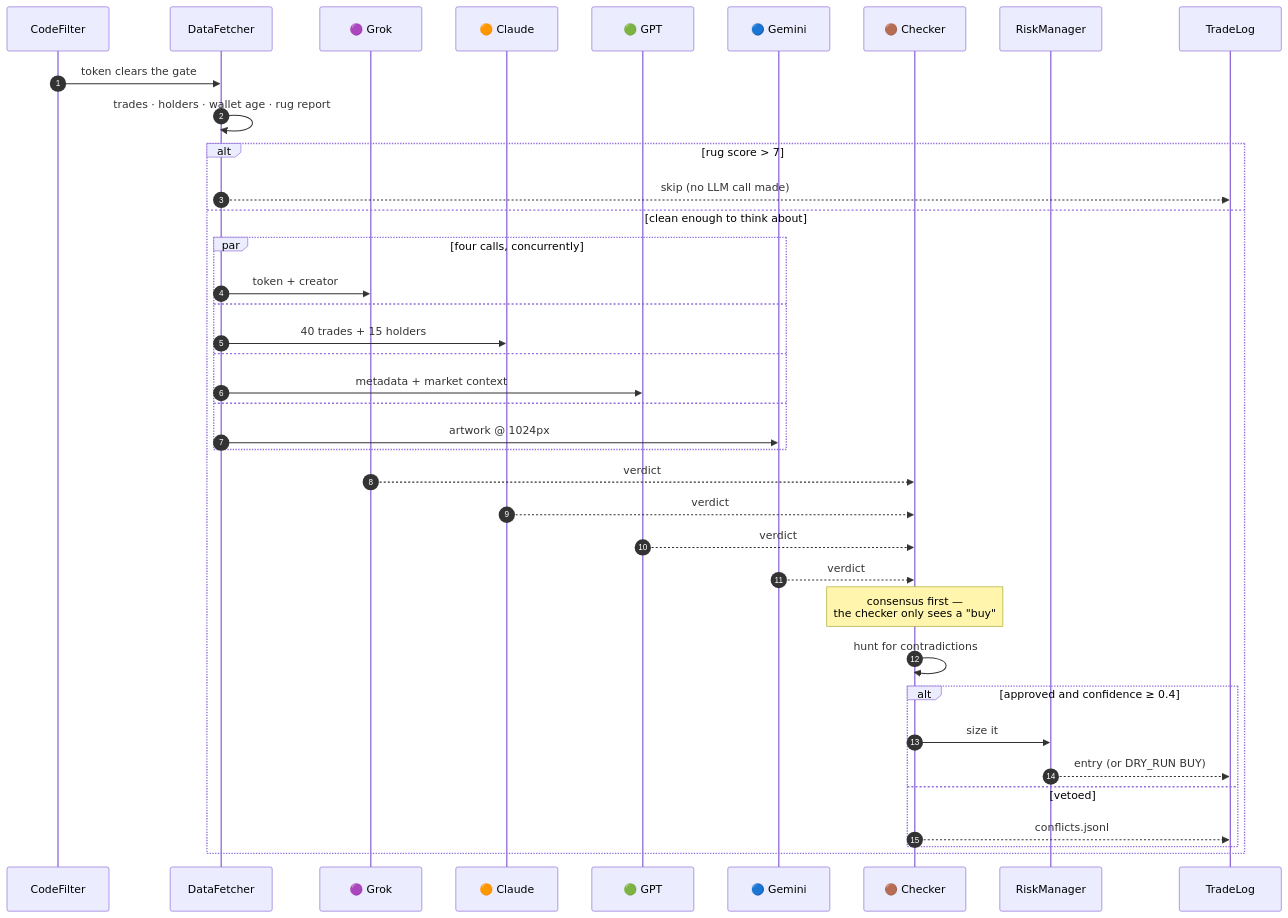
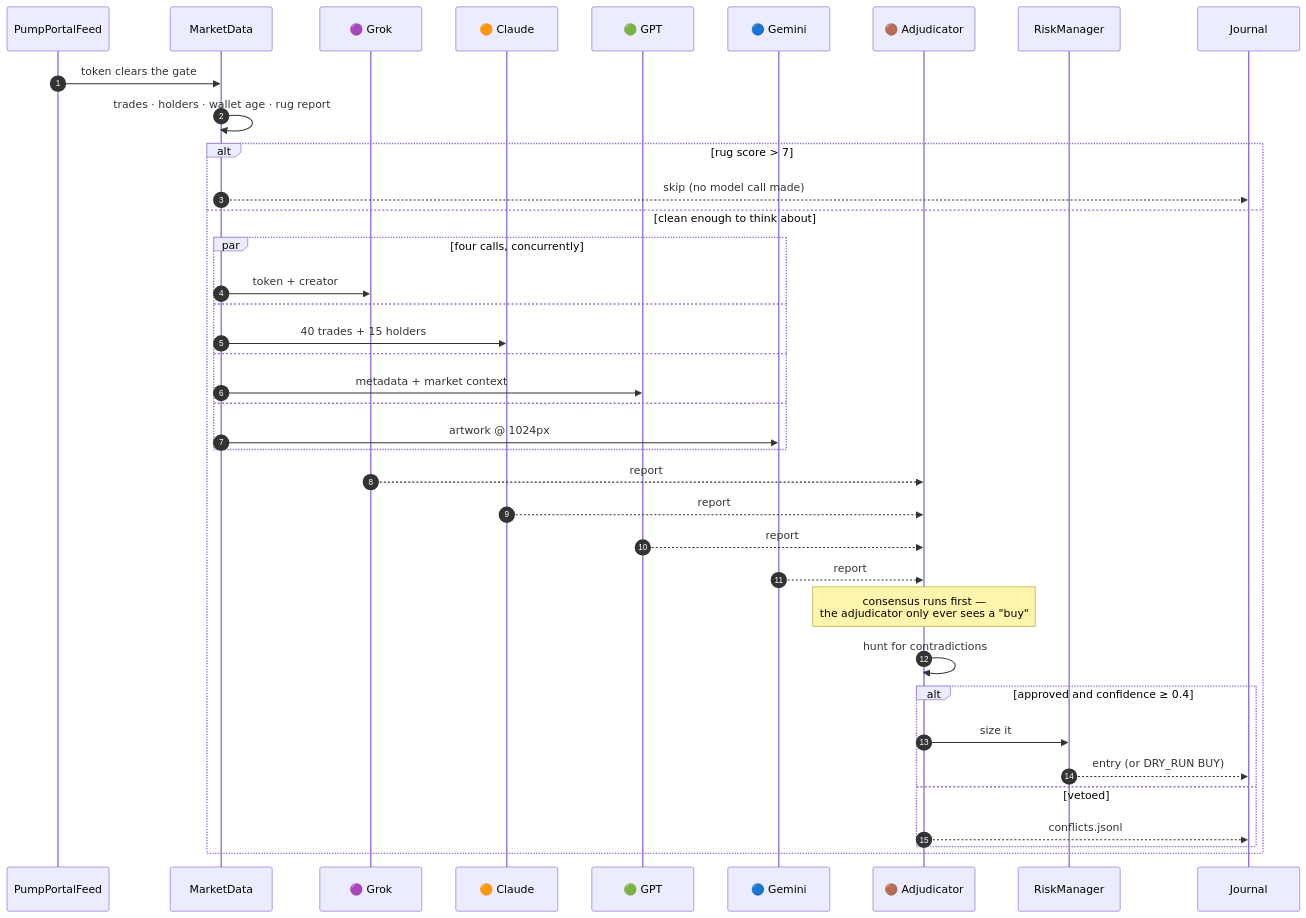
One commit to zostaff/grok-claude-gpt-gemini-trading-desk changed the fifth of 6 diagrams in README.md. Above: the diagram before and after it, drawn with Mermaid. The commit also changed other lines of this file and 87 other files, not shown here.

````diff
--- a/README.md
+++ b/README.md
@@ -202,41 +263,41 @@
 ```mermaid
 sequenceDiagram
     autonumber
-    participant F as CodeFilter
-    participant D as DataFetcher
+    participant F as PumpPortalFeed
+    participant D as MarketData
     participant G as 🟣 Grok
     participant C as 🟠 Claude
     participant P as 🟢 GPT
     participant M as 🔵 Gemini
-    participant K as 🟤 Checker
+    participant K as 🟤 Adjudicator
     participant R as RiskManager
-    participant L as TradeLog
+    participant L as Journal
 
     F->>D: token clears the gate
     D->>D: trades · holders · wallet age · rug report
     alt rug score > 7
-        D-->>L: skip (no LLM call made)
+        D-->>L: skip (no model call made)
     else clean enough to think about
         par four calls, concurrently
             D->>G: token + creator
         and
             D->>C: 40 trades + 15 holders
         and
             D->>P: metadata + market context
         and
             D->>M: artwork @ 1024px
         end
-        G-->>K: verdict
-        C-->>K: verdict
-        P-->>K: verdict
-        M-->>K: verdict
-        Note over K: consensus first —<br/>the checker only sees a "buy"
+        G-->>K: report
+        C-->>K: report
+        P-->>K: report
+        M-->>K: report
+        Note over K: consensus runs first —<br/>the adjudicator only ever sees a "buy"
         K->>K: hunt for contradictions
         alt approved and confidence ≥ 0.4
             K->>R: size it
             R-->>L: entry (or DRY_RUN BUY)
         else vetoed
             K-->>L: conflicts.jsonl
         end
     end
 ```
````
